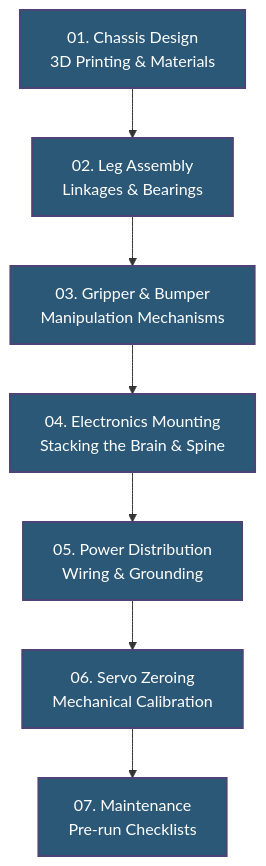
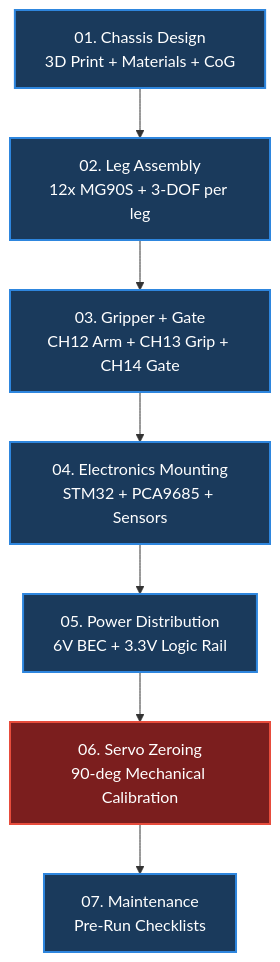
The diagram in Mechanical/README.md (sandaruns2004/FusionForce-Robotics), drawn with Mermaid before and after one commit. The commit also changed other lines of this file and 54 other files, not shown here.

````diff
--- a/Mechanical/README.md
+++ b/Mechanical/README.md
@@ -8,26 +9,20 @@
 ```mermaid
 flowchart TD
-    classDef phase fill:#2b5876,stroke:#4e4376,color:#fff,stroke-width:2px;
-    
-    A[01. Chassis Design
-3D Printing & Materials]:::phase
-    B[02. Leg Assembly
-Linkages & Bearings]:::phase
-    C[03. Gripper & Bumper
-Manipulation Mechanisms]:::phase
-    D[04. Electronics Mounting
-Stacking the Brain & Spine]:::phase
-    E[05. Power Distribution
-Wiring & Grounding]:::phase
-    F[06. Servo Zeroing
-Mechanical Calibration]:::phase
-    G[07. Maintenance
-Pre-run Checklists]:::phase
-    
+    classDef phase fill:#1a3a5c,stroke:#2e86de,color:#fff,stroke-width:2px;
+    classDef critical fill:#7b1e1e,stroke:#e74c3c,color:#fff,stroke-width:2px;
+
+    A[01. Chassis Design\n3D Print + Materials + CoG]:::phase
+    B[02. Leg Assembly\n12x MG90S + 3-DOF per leg]:::phase
+    C[03. Gripper + Gate\nCH12 Arm + CH13 Grip + CH14 Gate]:::phase
+    D[04. Electronics Mounting\nSTM32 + PCA9685 + Sensors]:::phase
+    E[05. Power Distribution\n6V BEC + 3.3V Logic Rail]:::phase
+    F[06. Servo Zeroing\n90-deg Mechanical Calibration]:::critical
+    G[07. Maintenance\nPre-Run Checklists]:::phase
+
     A --> B
     B --> C
     C --> D
     D --> E
     E --> F
     F --> G
 ```
````
